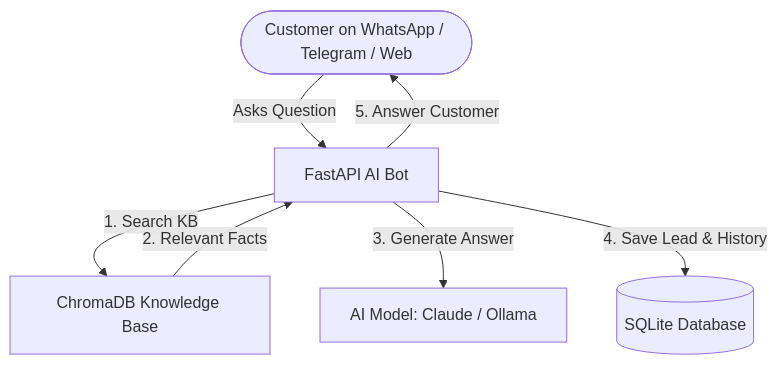
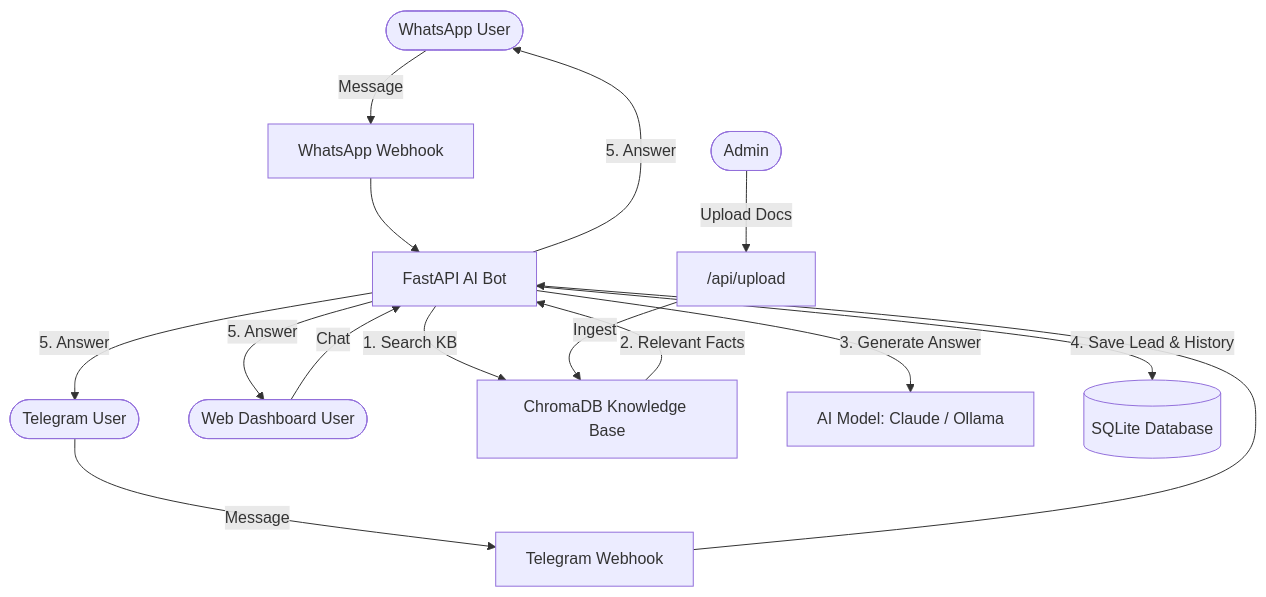
The diagram in README.md (zeeshanqadir568/whatsapp-telegram-ai-support-bot), drawn with Mermaid before and after one commit. The commit also changed other lines of this file and 2 other files, not shown here.

Commit message:
docs: comprehensive README rewrite with webhooks, upload, dashboard, env vars

````diff
--- a/README.md
+++ b/README.md
@@ -28,9 +36,17 @@
 ```mermaid
 graph TD
-    User([Customer on WhatsApp / Telegram / Web]) -->|Asks Question| API[FastAPI AI Bot]
+    WA([WhatsApp User]) -->|Message| WAH[WhatsApp Webhook]
+    TG([Telegram User]) -->|Message| TGH[Telegram Webhook]
+    WEB([Web Dashboard User]) -->|Chat| API[FastAPI AI Bot]
+    WAH --> API
+    TGH --> API
     API -->|1. Search KB| Vector[ChromaDB Knowledge Base]
     Vector -->|2. Relevant Facts| API
     API -->|3. Generate Answer| LLM[AI Model: Claude / Ollama]
     API -->|4. Save Lead & History| DB[(SQLite Database)]
-    API -->|5. Answer Customer| User
+    API -->|5. Answer| WA
+    API -->|5. Answer| TG
+    API -->|5. Answer| WEB
+    ADMIN([Admin]) -->|Upload Docs| UPLOAD["/api/upload"]
+    UPLOAD -->|Ingest| Vector
 ```
````
